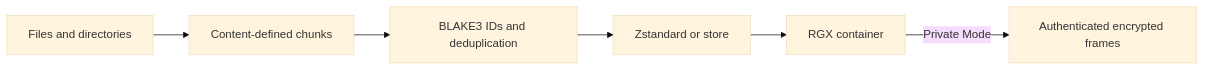
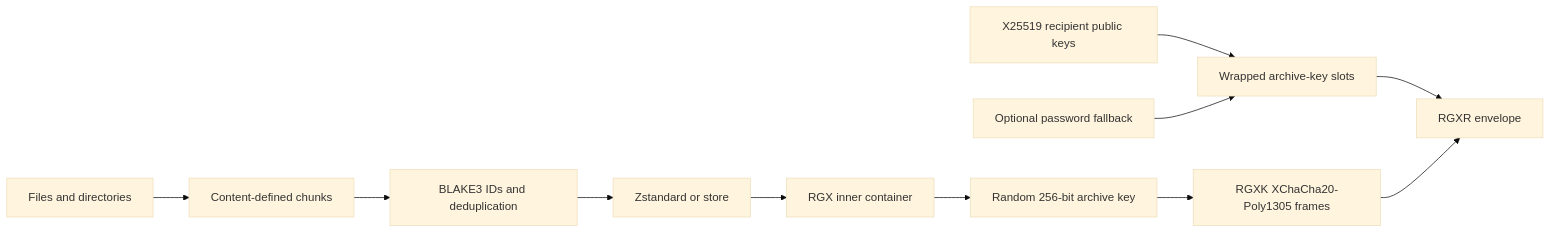
The diagram in README.md (0xRech/.rgx), drawn with Mermaid (base theme) before and after one commit. The commit also changed other lines of this file, not shown here.

Commit message:
docs: update README for v0.5.0-alpha1 key system

````diff
--- a/README.md
+++ b/README.md
@@ -116,8 +155,13 @@
 ```mermaid
 flowchart LR
     A[Files and directories] --> B[Content-defined chunks]
     B --> C[BLAKE3 IDs and deduplication]
     C --> D[Zstandard or store]
-    D --> E[RGX container]
-    E -->|Private Mode| F[Authenticated encrypted frames]
+    D --> E[RGX inner container]
+    E --> F[Random 256-bit archive key]
+    F --> G[RGXK XChaCha20-Poly1305 frames]
+    H[X25519 recipient public keys] --> I[Wrapped archive-key slots]
+    J[Optional password fallback] --> I
+    I --> K[RGXR envelope]
+    G --> K
 ```
````
